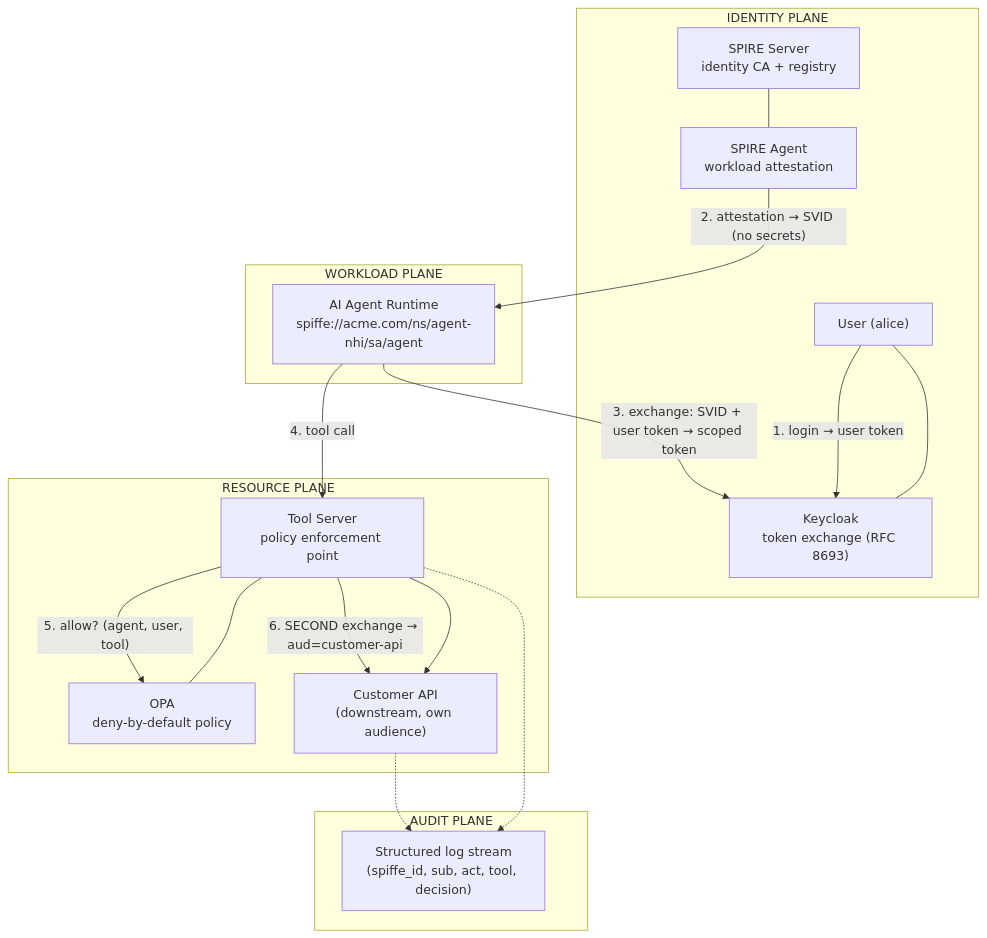
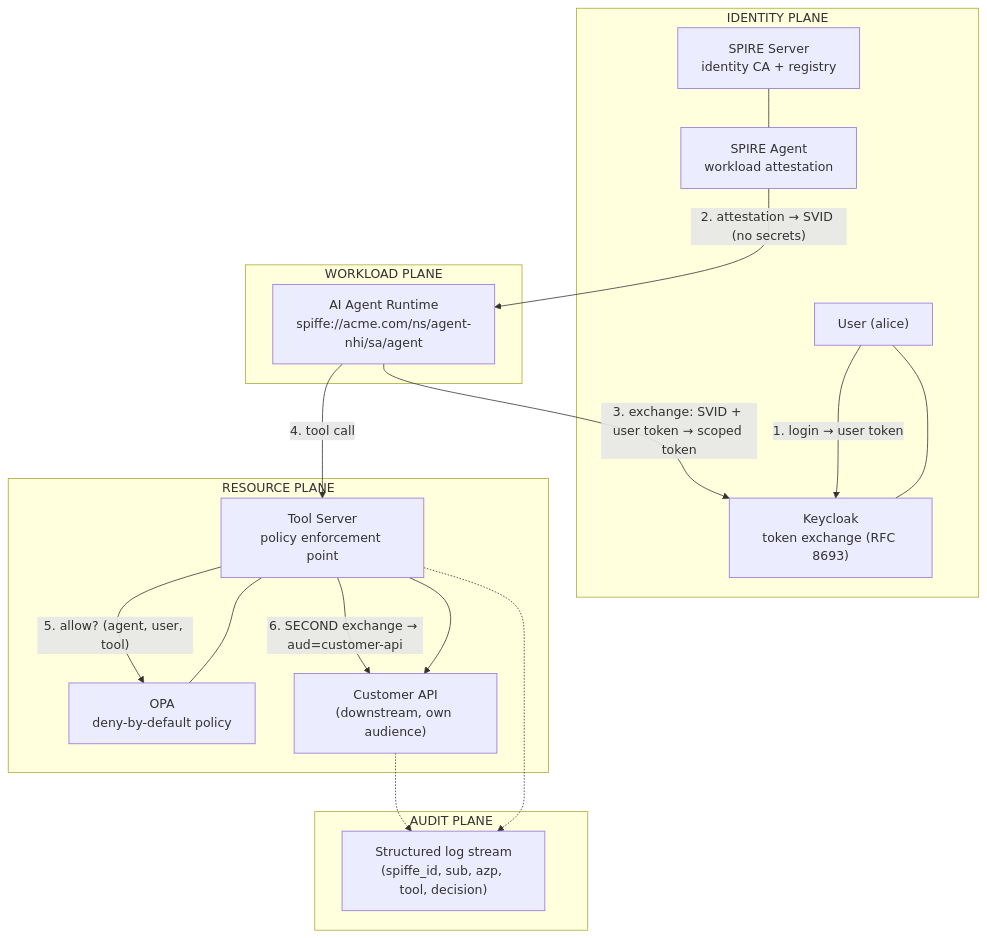
One commit to fkadusei/enterprise-agent-nhi changed the diagram in README.md. Above: the diagram before and after it, drawn with Mermaid. The commit also changed other lines of this file and 26 other files, not shown here.

````diff
--- a/README.md
+++ b/README.md
@@ -18,25 +19,25 @@
 ```mermaid
 flowchart TB
     subgraph IDENTITY["IDENTITY PLANE"]
         U["User (alice)"] --- KC["Keycloak<br/>token exchange (RFC 8693)"]
         SS["SPIRE Server<br/>identity CA + registry"] --- SA["SPIRE Agent<br/>workload attestation"]
     end
     subgraph WORKLOAD["WORKLOAD PLANE"]
         AG["AI Agent Runtime<br/>spiffe://acme.com/ns/agent-nhi/sa/agent"]
     end
     subgraph RESOURCE["RESOURCE PLANE"]
         TS["Tool Server<br/>policy enforcement point"] --- OPA["OPA<br/>deny-by-default policy"]
         TS --> CA["Customer API<br/>(downstream, own audience)"]
     end
     subgraph AUDIT["AUDIT PLANE"]
-        LOG["Structured log stream<br/>(spiffe_id, sub, act, tool, decision)"]
+        LOG["Structured log stream<br/>(spiffe_id, sub, azp, tool, decision)"]
     end
     U -- "1. login → user token" --> KC
     SA -- "2. attestation → SVID (no secrets)" --> AG
     AG -- "3. exchange: SVID + user token → scoped token" --> KC
     AG -- "4. tool call" --> TS
     TS -- "5. allow? (agent, user, tool)" --> OPA
     TS -- "6. SECOND exchange → aud=customer-api" --> CA
     TS -.-> LOG
     CA -.-> LOG
 ```
````
